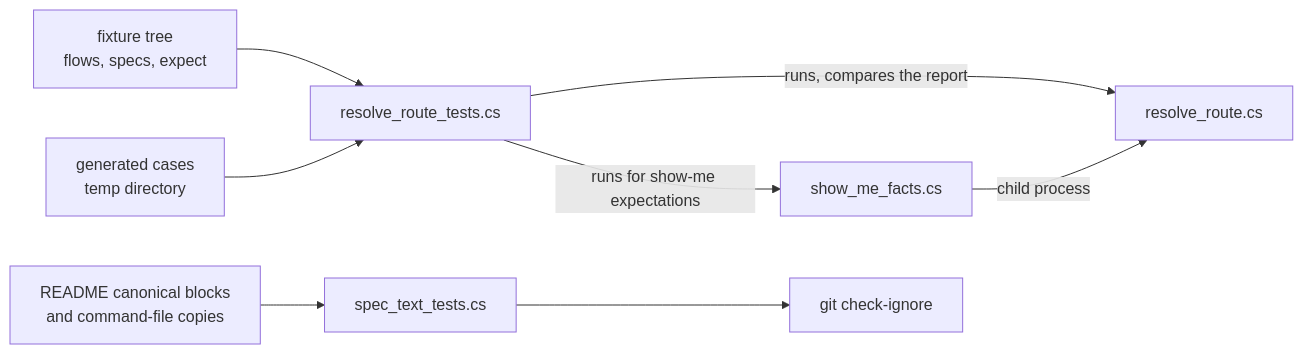
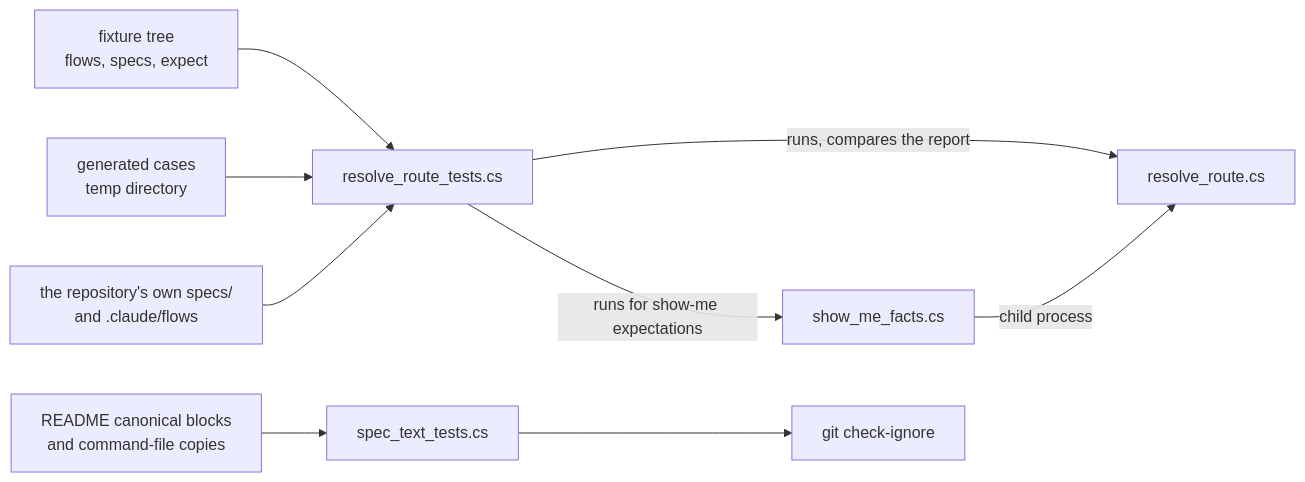
The first of 2 diagrams in docs/adr/0092-routing-fixtures-and-test-scripts.md (BrighterCommand/Brighter), drawn with Mermaid before and after one commit. The commit also changed other lines of this file and 2 other files, not shown here.

````diff
--- a/docs/adr/0092-routing-fixtures-and-test-scripts.md
+++ b/docs/adr/0092-routing-fixtures-and-test-scripts.md
@@ -88,18 +88,20 @@
 ```mermaid
 flowchart LR
     FT["fixture tree<br/>flows, specs, expect"]
     GC["generated cases<br/>temp directory"]
+    RS["the repository's own specs/<br/>and .claude/flows"]
     RT["resolve_route_tests.cs"]
     ST["spec_text_tests.cs"]
     RR["resolve_route.cs"]
     SM["show_me_facts.cs"]
     CF["README canonical blocks<br/>and command-file copies"]
     GIT["git check-ignore"]
     FT --> RT
     GC --> RT
+    RS --> RT
     RT -->|"runs, compares the report"| RR
     RT -->|"runs for show-me expectations"| SM
     SM -->|"child process"| RR
     CF --> ST
     ST --> GIT
 ```
````
